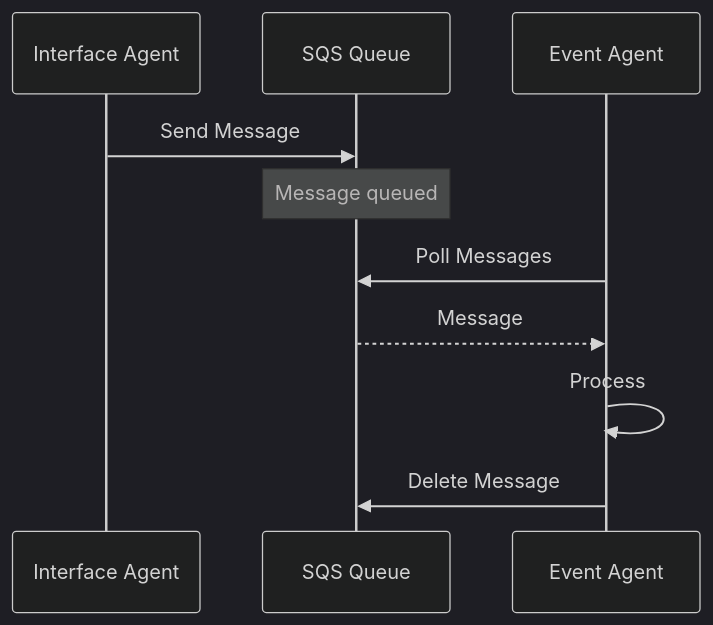
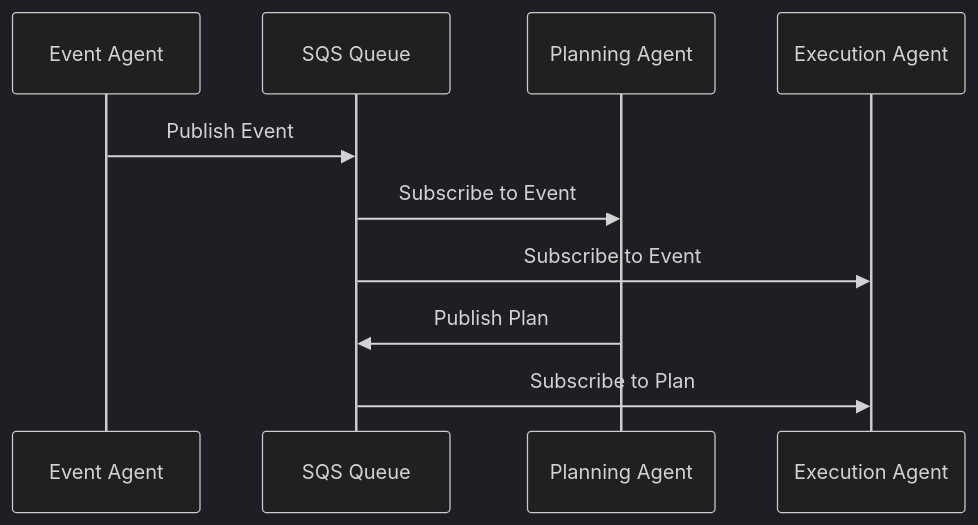
One commit to leandroclf/agentesautonomos changed the fifth of 7 diagrams in docs/ARCHITECTURE.md. Above: the diagram before and after it, drawn with Mermaid (dark theme). The commit also changed other lines of this file and 42 other files, not shown here.

````diff
--- a/docs/ARCHITECTURE.md
+++ b/docs/ARCHITECTURE.md
@@ -221,13 +268,13 @@
 ```mermaid
 sequenceDiagram
-    participant IA as Interface Agent
+    participant EA as Event Agent
     participant SQS as SQS Queue
-    participant EA as Event Agent
+    participant PA as Planning Agent
+    participant EXA as Execution Agent
     
-    IA->>SQS: Send Message
-    Note over SQS: Message queued
-    EA->>SQS: Poll Messages
-    SQS-->>EA: Message
-    EA->>EA: Process
-    EA->>SQS: Delete Message
+    EA->>SQS: Publish Event
+    SQS->>PA: Subscribe to Event
+    SQS->>EXA: Subscribe to Event
+    PA->>SQS: Publish Plan
+    SQS->>EXA: Subscribe to Plan
 ```
````
